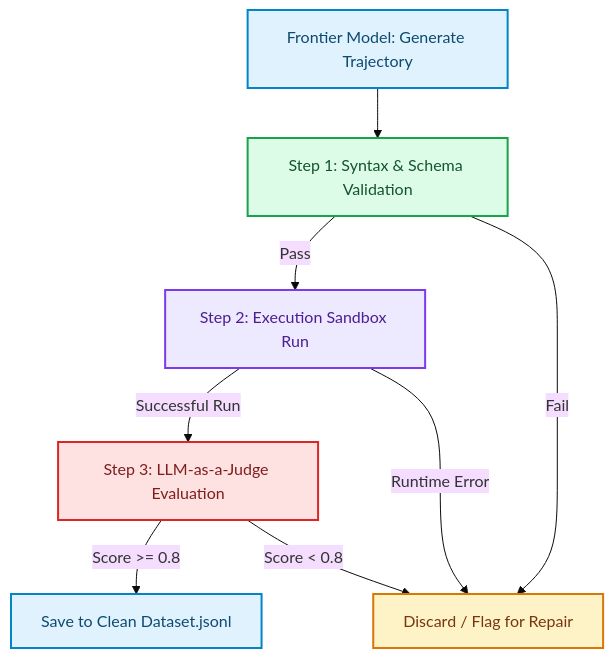
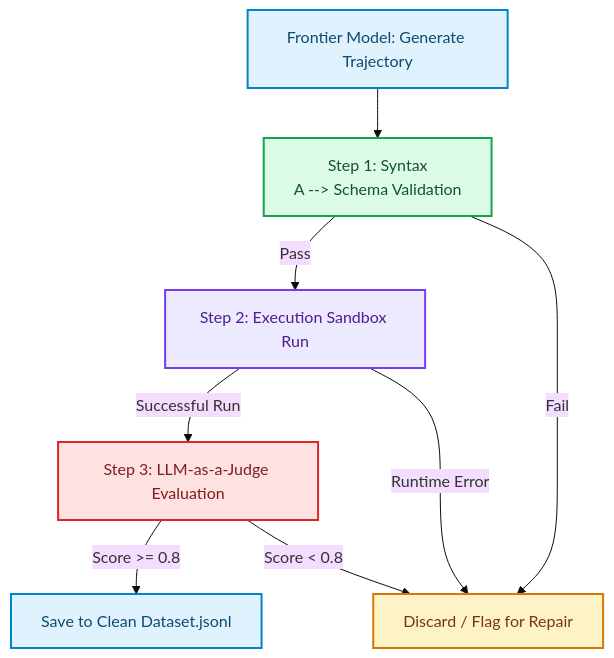
One commit to akmalkhaniub/akmalkhaniub.github.io changed the diagram in blog/posts/distillation-synthetic-agent-trajectory-fine-tuning.md. Above: the diagram before and after it, drawn with Mermaid (base theme). The commit also changed other lines of this file and 894 other files, not shown here.

Commit message:
feat(blog): upgrade all 444 posts with unique staggered dates, 2-col Mermaid spines, benchmark tables, code blocks, and trade-offs

````diff
--- a/blog/posts/distillation-synthetic-agent-trajectory-fine-tuning.md
+++ b/blog/posts/distillation-synthetic-agent-trajectory-fine-tuning.md
@@ -15,21 +15,22 @@
 ```mermaid
 flowchart TD
-  A["Frontier Model: Generate Trajectory"] --> B["Step 1: Syntax & Schema Validation"]
+  A["Frontier Model: Generate Trajectory"] --> B["Step 1: Syntax
+  A --> Schema Validation"]
   B -->|Pass| C["Step 2: Execution Sandbox Run"]
   B -->|Fail| X["Discard / Flag for Repair"]
   C -->|Successful Run| D["Step 3: LLM-as-a-Judge Evaluation"]
   C -->|Runtime Error| X
   D -->|Score >= 0.8| E["Save to Clean Dataset.jsonl"]
   D -->|Score < 0.8| X
 
 classDef green fill:#dcfce7,stroke:#16a34a,stroke-width:2px,color:#14532d;
 classDef red fill:#fee2e2,stroke:#dc2626,stroke-width:2px,color:#7f1d1d;
 classDef blue fill:#e0f2fe,stroke:#0284c7,stroke-width:2px,color:#0c4a6e;
 classDef yellow fill:#fef3c7,stroke:#d97706,stroke-width:2px,color:#78350f;
 classDef purple fill:#ede9fe,stroke:#7c3aed,stroke-width:2px,color:#4c1d95;
 class A,E blue
 class B green
 class C purple
 class X yellow
 class D red
 ```
````
